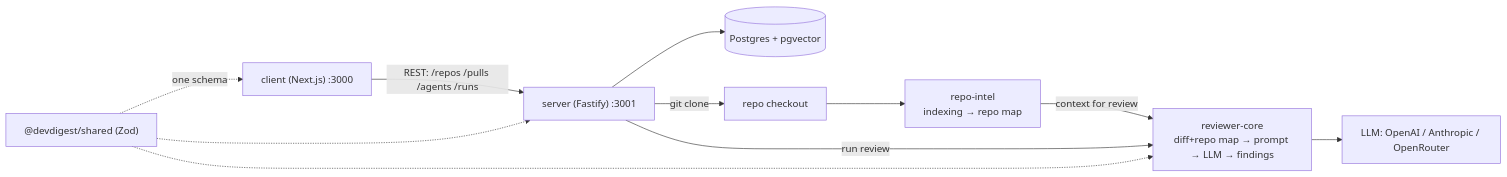
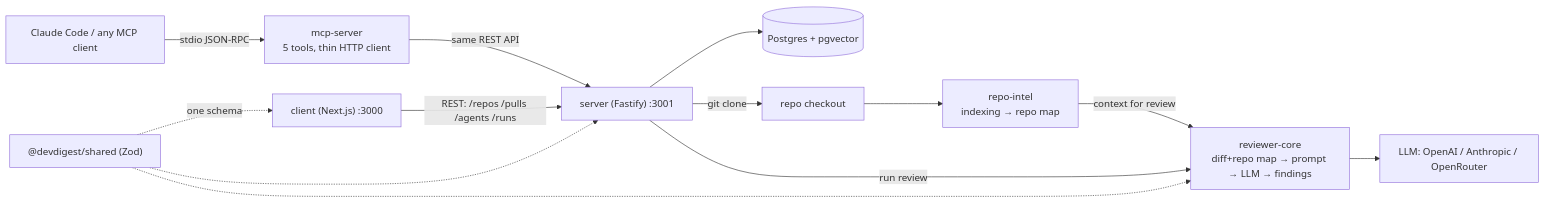
One commit to alona-lip/dev-digest changed the diagram in docs/architecture.md. Above: the diagram before and after it, drawn with Mermaid. The commit also changed other lines of this file and 38 other files, not shown here.

````diff
--- a/docs/architecture.md
+++ b/docs/architecture.md
@@ -17,13 +17,15 @@
 ```mermaid
 flowchart LR
   WEB["client (Next.js) :3000"] -->|"REST: /repos /pulls /agents /runs"| API["server (Fastify) :3001"]
+  CC["Claude Code / any MCP client"] -->|"stdio JSON-RPC"| MCP["mcp-server<br/>5 tools, thin HTTP client"]
+  MCP -->|"same REST API"| API
   API --> PG[("Postgres + pgvector")]
   API -->|"git clone"| CLONE["repo checkout"]
   CLONE --> INTEL["repo-intel<br/>indexing → repo map"]
   INTEL -->|"context for review"| ENGINE
   API -->|"run review"| ENGINE["reviewer-core<br/>diff+repo map → prompt → LLM → findings"]
   ENGINE --> LLM["LLM: OpenAI / Anthropic / OpenRouter"]
   SHARED["@devdigest/shared (Zod)"] -.one schema.-> WEB
   SHARED -.-> API
   SHARED -.-> ENGINE
 ```
````
